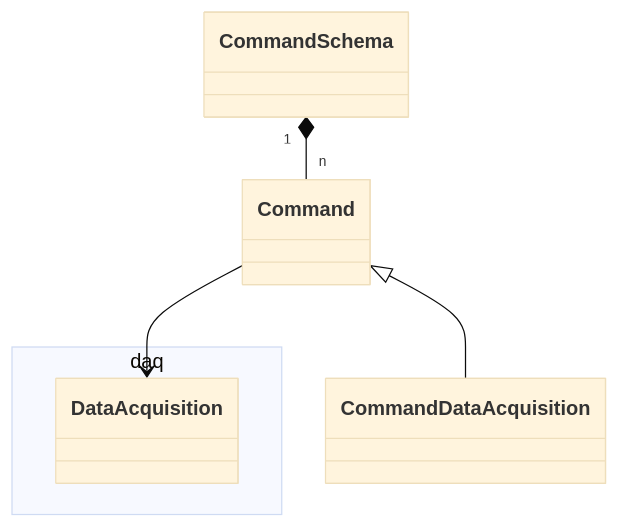
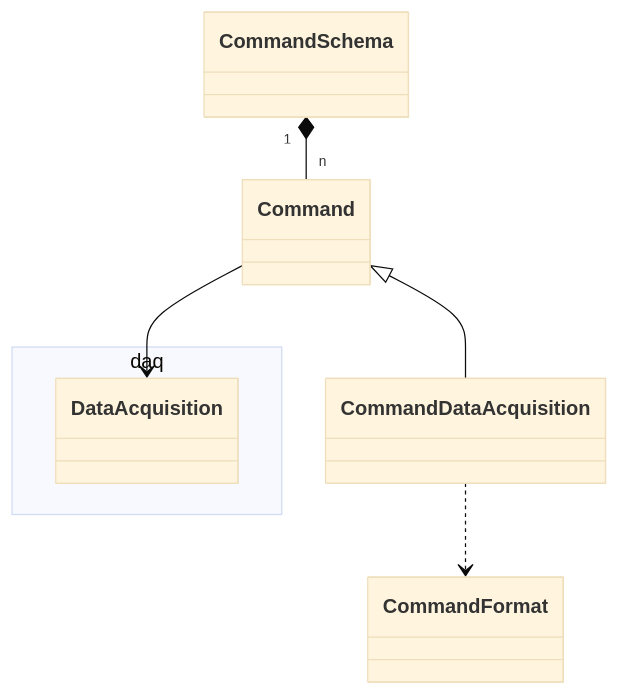
One commit to lsst-ts/ts_dynalene changed the fifth of 6 diagrams in doc/class_diagram.md. Above: the diagram before and after it, drawn with Mermaid (base theme). The commit also changed 4 other files, not shown here.

````diff
--- a/doc/class_diagram.md
+++ b/doc/class_diagram.md
@@ -132,12 +132,14 @@
 ```mermaid
 classDiagram
 
 namespace daq {
   class DataAcquisition
 }
 
 CommandSchema "1" *-- "n" Command
 
 Command --> DataAcquisition
 Command <|-- CommandDataAcquisition
+
+CommandDataAcquisition ..> CommandFormat
 ```
````
